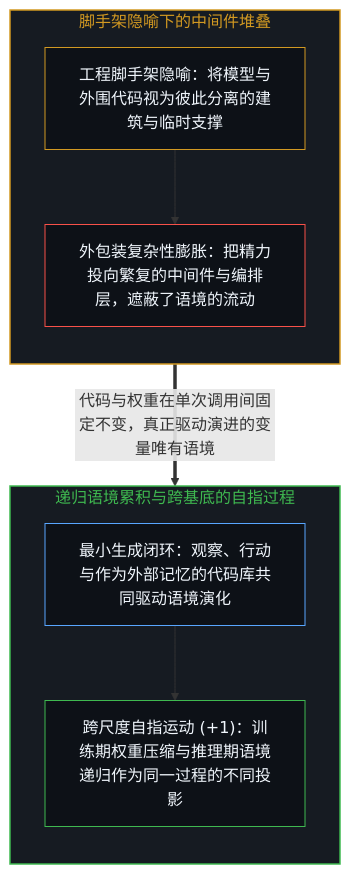
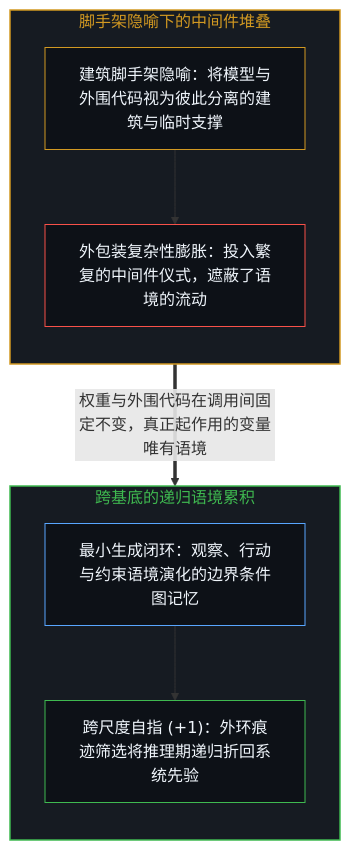
Before and after one commit to powerpig99/not-a-toe: the first of 2 diagrams in content/posts/scaffolds-or-specialized-contexts.md, drawn with Mermaid. The commit also changed other lines of this file and 2 other files, not shown here.

Commit message:
Refine L1 causal DELTA posts for Wave 12 (looping-and-graphing, scaffolds-or-specialized-contexts)

````diff
--- a/content/posts/scaffolds-or-specialized-contexts.md
+++ b/content/posts/scaffolds-or-specialized-contexts.md
@@ -17,22 +17,22 @@
 ```mermaid
 flowchart TD
     subgraph S_Wrapper["脚手架隐喻下的中间件堆叠"]
         direction TB
-        Metaphor["工程脚手架隐喻：将模型与外围代码视为彼此分离的建筑与临时支撑"]
-        Bloat["外包装复杂性膨胀：把精力投向繁复的中间件与编排层，遮蔽了语境的流动"]
+        Metaphor["建筑脚手架隐喻：将模型与外围代码视为彼此分离的建筑与临时支撑"]
+        Bloat["外包装复杂性膨胀：投入繁复的中间件仪式，遮蔽了语境的流动"]
         Metaphor --> Bloat
     end
-    subgraph S_Context["递归语境累积与跨基底的自指过程"]
+    subgraph S_Context["跨基底的递归语境累积"]
         direction TB
-        MinLoop["最小生成闭环：观察、行动与作为外部记忆的代码库共同驱动语境演化"]
-        SelfRef["跨尺度自指运动 (+1)：训练期权重压缩与推理期语境递归作为同一过程的不同投影"]
+        MinLoop["最小生成闭环：观察、行动与约束语境演化的边界条件图记忆"]
+        SelfRef["跨尺度自指 (+1)：外环痕迹筛选将推理期递归折回系统先验"]
         MinLoop --> SelfRef
     end
-    Bloat ==>|"代码与权重在单次调用间固定不变，真正驱动演进的变量唯有语境"| MinLoop
+    Bloat ==>|"权重与外围代码在调用间固定不变，真正起作用的变量唯有语境"| MinLoop
     style S_Wrapper fill:#161b22,stroke:#d29922,stroke-width:1.5px,color:#d29922
     style S_Context fill:#161b22,stroke:#3fb950,stroke-width:1.5px,color:#3fb950
     style Metaphor fill:#0d1117,stroke:#d29922,stroke-width:1px,color:#f0f6fc
     style Bloat fill:#0d1117,stroke:#f85149,stroke-width:1px,color:#f0f6fc
     style MinLoop fill:#0d1117,stroke:#58a6ff,stroke-width:1px,color:#f0f6fc
     style SelfRef fill:#0d1117,stroke:#3fb950,stroke-width:1px,color:#f0f6fc
 ```
````
